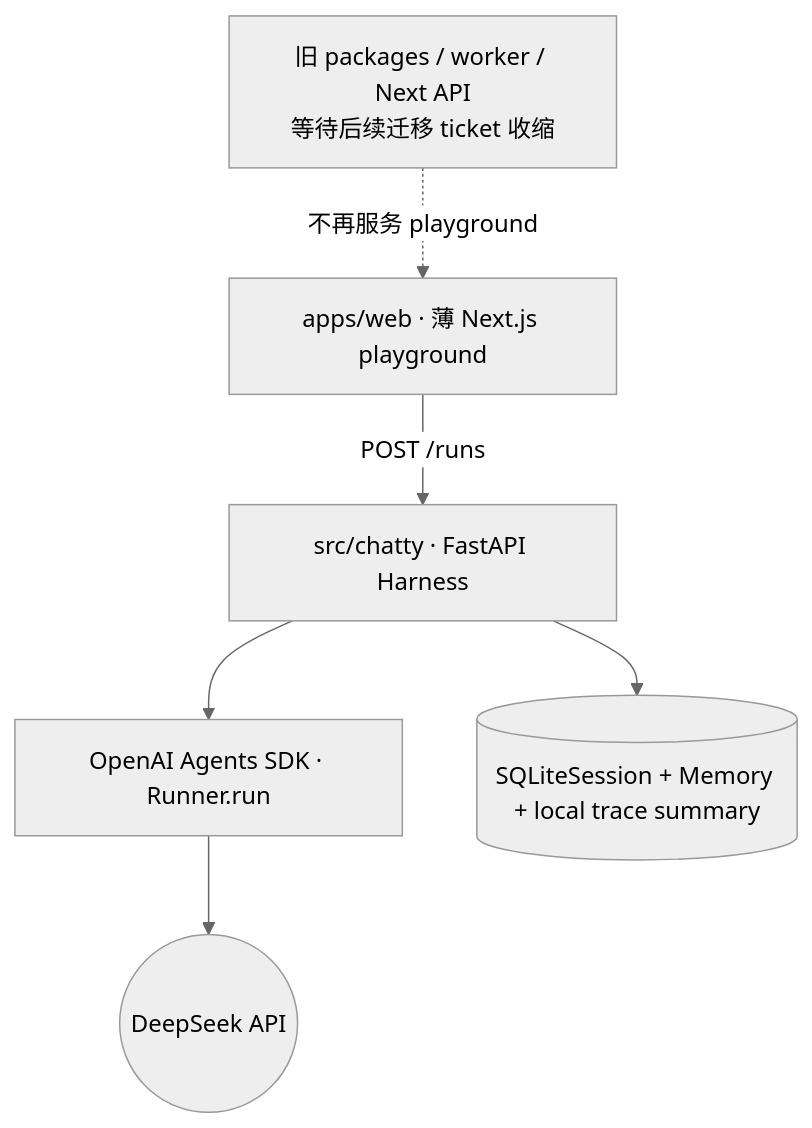
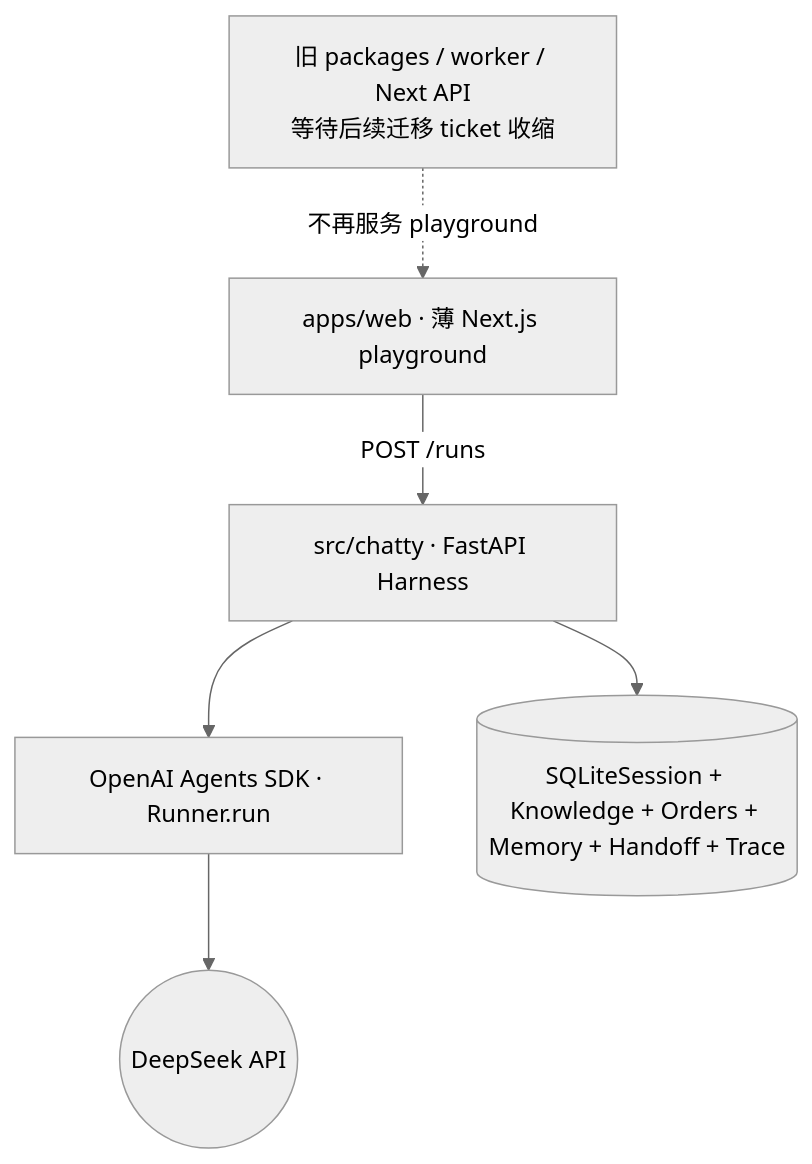
The first of 2 diagrams in README.md (ImWenyaoT/chatty), drawn with Mermaid (neutral theme) before and after one commit. The commit also changed other lines of this file and 9 other files, not shown here.

````diff
--- a/README.md
+++ b/README.md
@@ -47,14 +47,14 @@
 ```mermaid
 flowchart TD
   web["apps/web · 薄 Next.js playground"]
   api["src/chatty · FastAPI Harness"]
   sdk["OpenAI Agents SDK · Runner.run"]
-  db[("SQLiteSession + Memory + local trace summary")]
+  db[("SQLiteSession + Knowledge + Orders + Memory + Handoff + Trace")]
   deepseek(("DeepSeek API"))
   legacy["旧 packages / worker / Next API<br/>等待后续迁移 ticket 收缩"]
 
   web -->|POST /runs| api
   api --> sdk --> deepseek
   api --> db
   legacy -. 不再服务 playground .-> web
 ```
````
